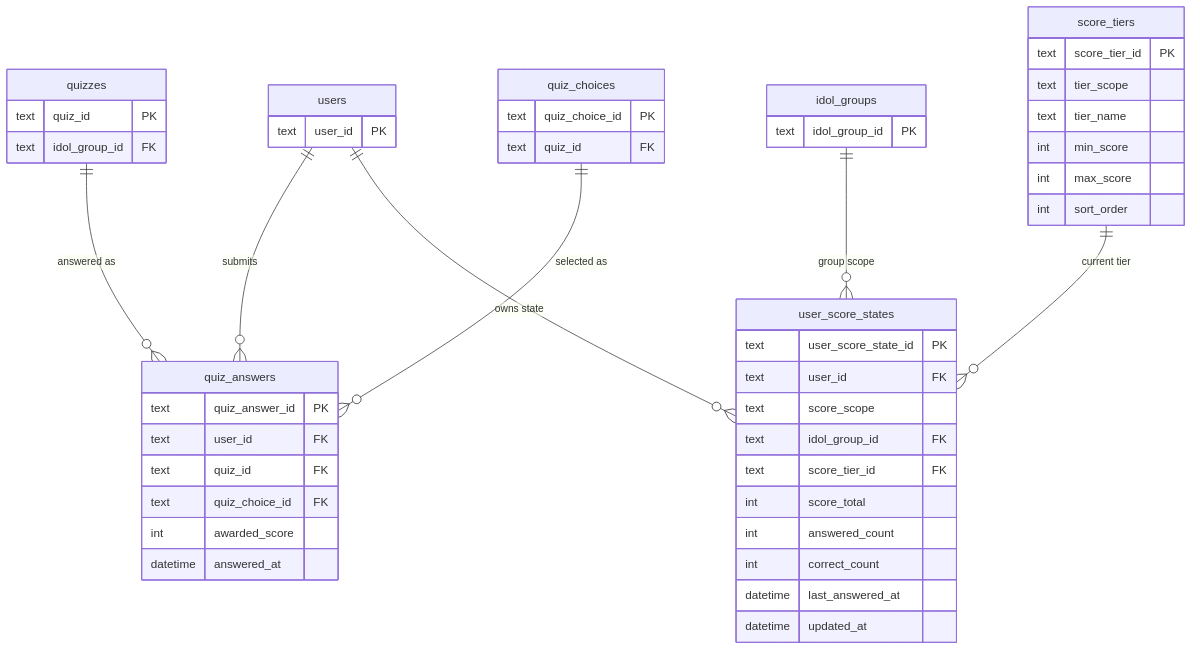
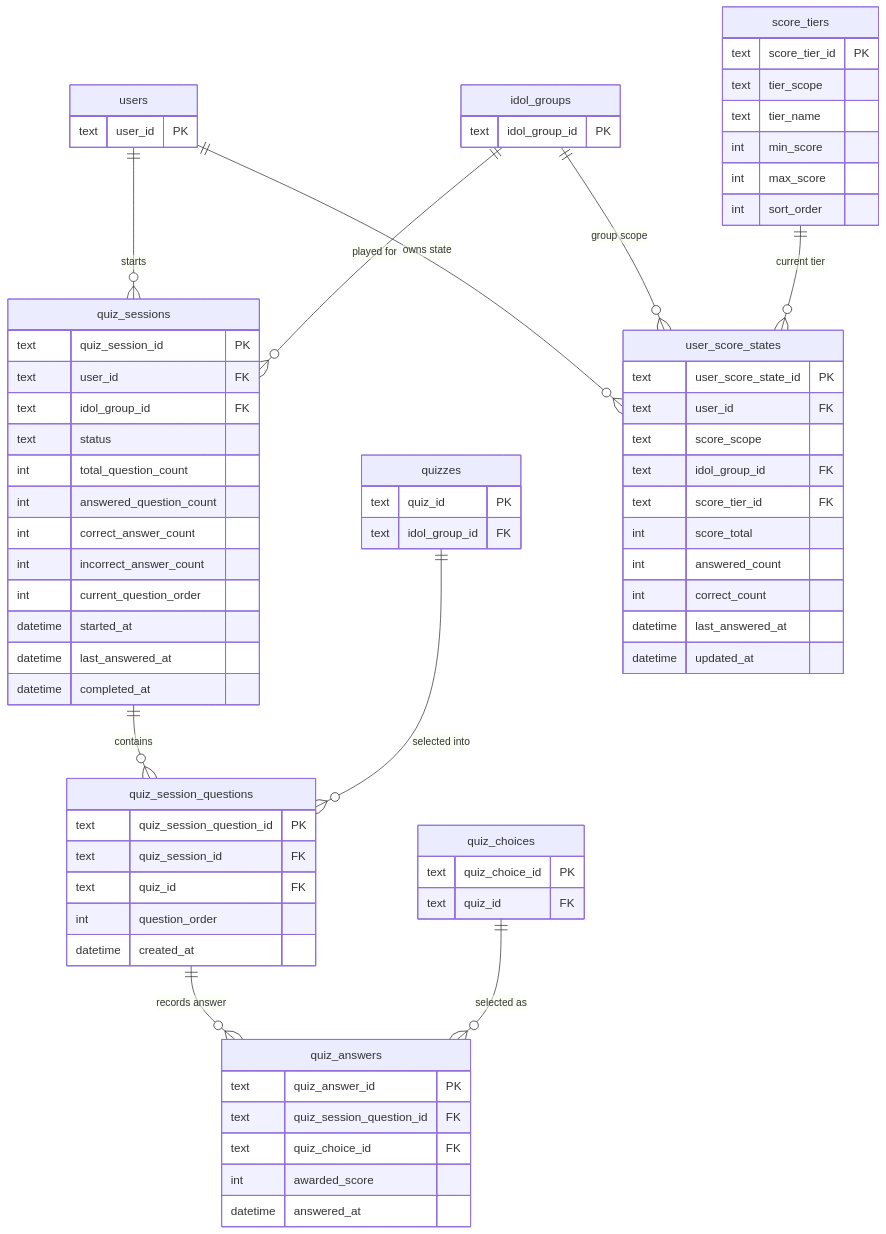
Before and after one commit to Eiji-Kudo/k-drop: the fourth of 7 diagrams in app/v2/er-diagram.md, drawn with Mermaid. The commit also changed other lines of this file and 2 other files, not shown here.

Commit message:
fix: ER図の認証基盤に関する記述を修正し、クイズセッションの構造を明確化

```diff
--- a/app/v2/er-diagram.md
+++ b/app/v2/er-diagram.md
@@ -187,10 +192,32 @@
         int sort_order
     }
 
+    quiz_sessions {
+        text quiz_session_id PK
+        text user_id FK
+        text idol_group_id FK
+        text status
+        int total_question_count
+        int answered_question_count
+        int correct_answer_count
+        int incorrect_answer_count
+        int current_question_order
+        datetime started_at
+        datetime last_answered_at
+        datetime completed_at
+    }
+
+    quiz_session_questions {
+        text quiz_session_question_id PK
+        text quiz_session_id FK
+        text quiz_id FK
+        int question_order
+        datetime created_at
+    }
+
     quiz_answers {
         text quiz_answer_id PK
-        text user_id FK
-        text quiz_id FK
+        text quiz_session_question_id FK
         text quiz_choice_id FK
         int awarded_score
         datetime answered_at
@@ -209,8 +236,11 @@
         datetime updated_at
     }
 
-    users ||--o{ quiz_answers : "submits"
-    quizzes ||--o{ quiz_answers : "answered as"
+    users ||--o{ quiz_sessions : "starts"
+    idol_groups ||--o{ quiz_sessions : "played for"
+    quiz_sessions ||--o{ quiz_session_questions : "contains"
+    quizzes ||--o{ quiz_session_questions : "selected into"
+    quiz_session_questions ||--o{ quiz_answers : "records answer"
     quiz_choices ||--o{ quiz_answers : "selected as"
     users ||--o{ user_score_states : "owns state"
     idol_groups ||--o{ user_score_states : "group scope"
```
